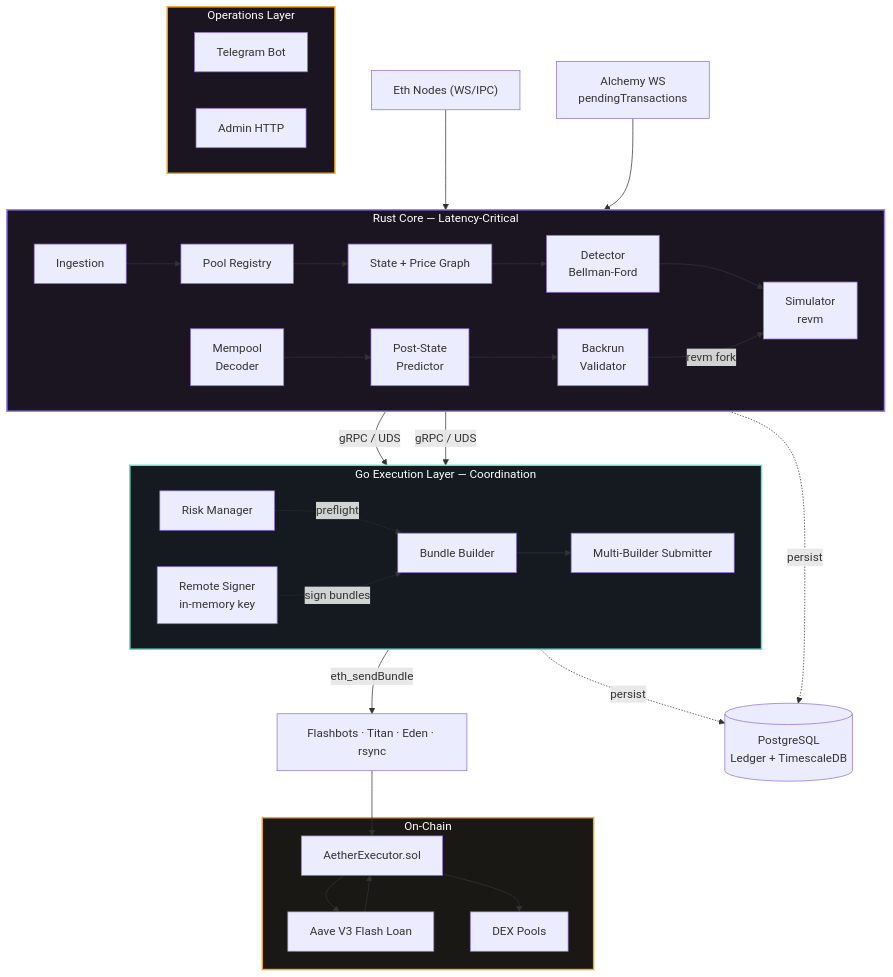
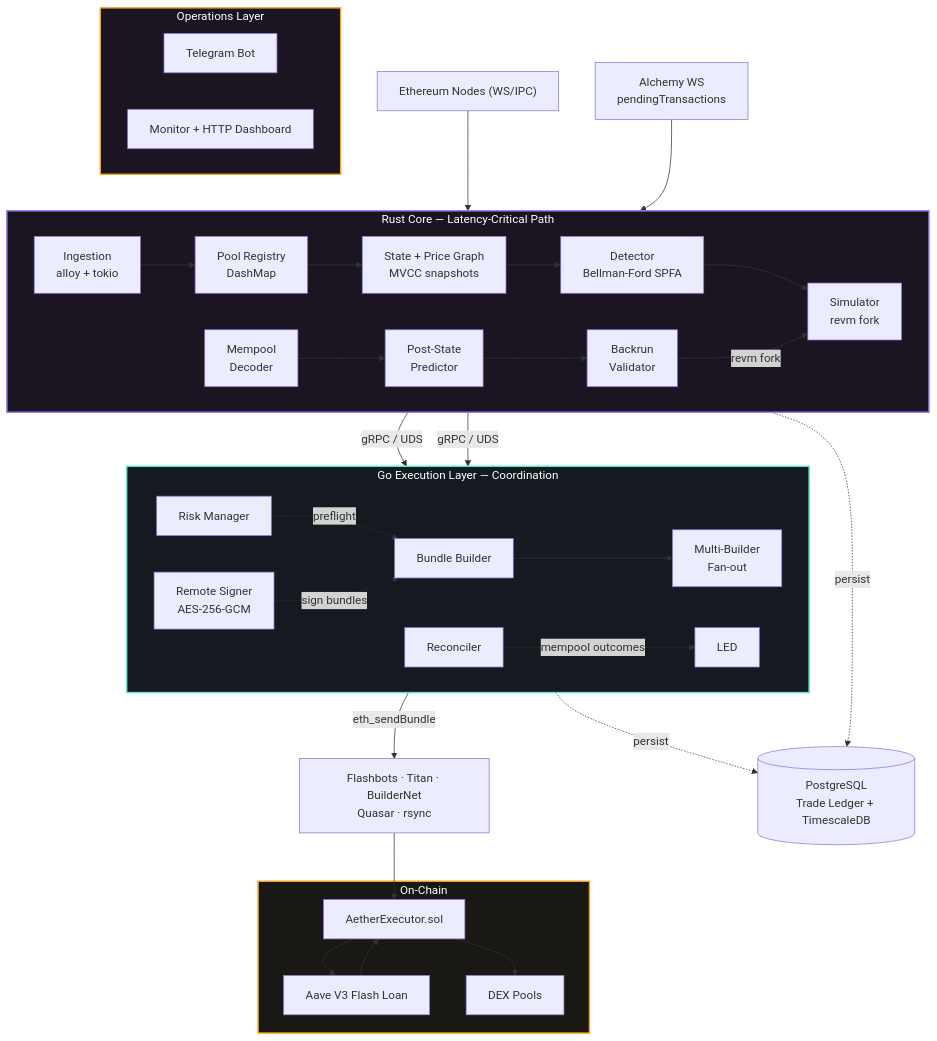
Before and after one commit to Denis123-rg/Aether: the first of 3 diagrams in README.md, drawn with Mermaid. The commit also changed other lines of this file and 1 other file, not shown here.

Commit message:
docs: rewrite README with banner, accurate architecture, full documentation

````diff
--- a/README.md
+++ b/README.md
@@ -48,50 +58,51 @@
 ```mermaid
 graph TB
-    ETH["Eth Nodes (WS/IPC)"]
+    ETH["Ethereum Nodes (WS/IPC)"]
     ALCH["Alchemy WS<br/>pendingTransactions"]
 
-    subgraph RUST["Rust Core — Latency-Critical"]
+    subgraph RUST["Rust Core — Latency-Critical Path"]
         direction LR
-        IG["Ingestion"] --> PR["Pool Registry"] --> SM["State + Price Graph"]
-        SM --> DT["Detector<br/>Bellman-Ford"] --> SIM["Simulator<br/>revm"]
+        IG["Ingestion<br/>alloy + tokio"] --> PR["Pool Registry<br/>DashMap"] --> SM["State + Price Graph<br/>MVCC snapshots"]
+        SM --> DT["Detector<br/>Bellman-Ford SPFA"] --> SIM["Simulator<br/>revm fork"]
         MP["Mempool<br/>Decoder"] --> PP["Post-State<br/>Predictor"] --> MV["Backrun<br/>Validator"]
         MV -->|revm fork| SIM
     end
 
     subgraph GO["Go Execution Layer — Coordination"]
         direction LR
-        EX["Bundle Builder"] --> SUB["Multi-Builder Submitter"]
+        EX["Bundle Builder"] --> SUB["Multi-Builder<br/>Fan-out"]
         RM["Risk Manager"] -.->|preflight| EX
-        SG["Remote Signer<br/>in-memory key"]
+        SG["Remote Signer<br/>AES-256-GCM"]
+        REC["Reconciler"] -.->|mempool outcomes| LED
     end
 
     subgraph OPS["Operations Layer"]
         TB["Telegram Bot"]
-        ADM["Admin HTTP"]
+        MON["Monitor + HTTP Dashboard"]
     end
 
-    BUILDERS["Flashbots · Titan · Eden · rsync"]
+    BUILDERS["Flashbots · Titan · BuilderNet<br/>Quasar · rsync"]
 
     subgraph CHAIN["On-Chain"]
         AE["AetherExecutor.sol"] --> AAVE["Aave V3 Flash Loan"]
         AAVE --> AE
         AE --> DEXES["DEX Pools"]
     end
 
-    LEDGER[("PostgreSQL<br/>Ledger + TimescaleDB")]
+    LEDGER[("PostgreSQL<br/>Trade Ledger + TimescaleDB")]
 
     ETH --> IG
     ALCH --> MP
     SIM -->|gRPC / UDS| EX
     MV -->|gRPC / UDS| EX
     SG -.->|sign bundles| EX
     SUB -->|eth_sendBundle| BUILDERS
     BUILDERS --> AE
     EX -.->|persist| LEDGER
     MV -.->|persist| LEDGER
 
     style RUST fill:#1a1520,stroke:#9580ff,stroke-width:2px,color:#fff
     style GO fill:#151a20,stroke:#5ce6c7,stroke-width:2px,color:#fff
     style OPS fill:#1a1520,stroke:#f5a623,stroke-width:2px,color:#fff
     style CHAIN fill:#1a1815,stroke:#f5a623,stroke-width:2px,color:#fff
 ```
````
